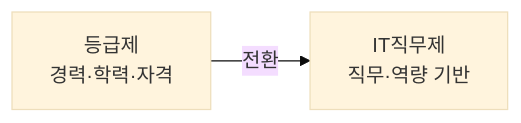
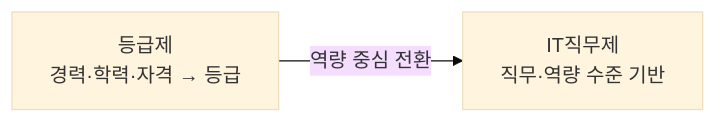
The diagram in content/sw-engineer-classification.md (coninggu/wjdqhrhksflrltnftk), drawn with Mermaid (base theme) before and after one commit. The commit also changed other lines of this file and 16 other files, not shown here.

````diff
--- a/content/sw-engineer-classification.md
+++ b/content/sw-engineer-classification.md
@@ -13,4 +15,4 @@
 ```mermaid
 flowchart LR
-  G[등급제<br/>경력·학력·자격] -->|전환| J[IT직무제<br/>직무·역량 기반]
+  G[등급제<br/>경력·학력·자격 → 등급] -->|역량 중심 전환| J[IT직무제<br/>직무·역량 수준 기반]
 ```
````
